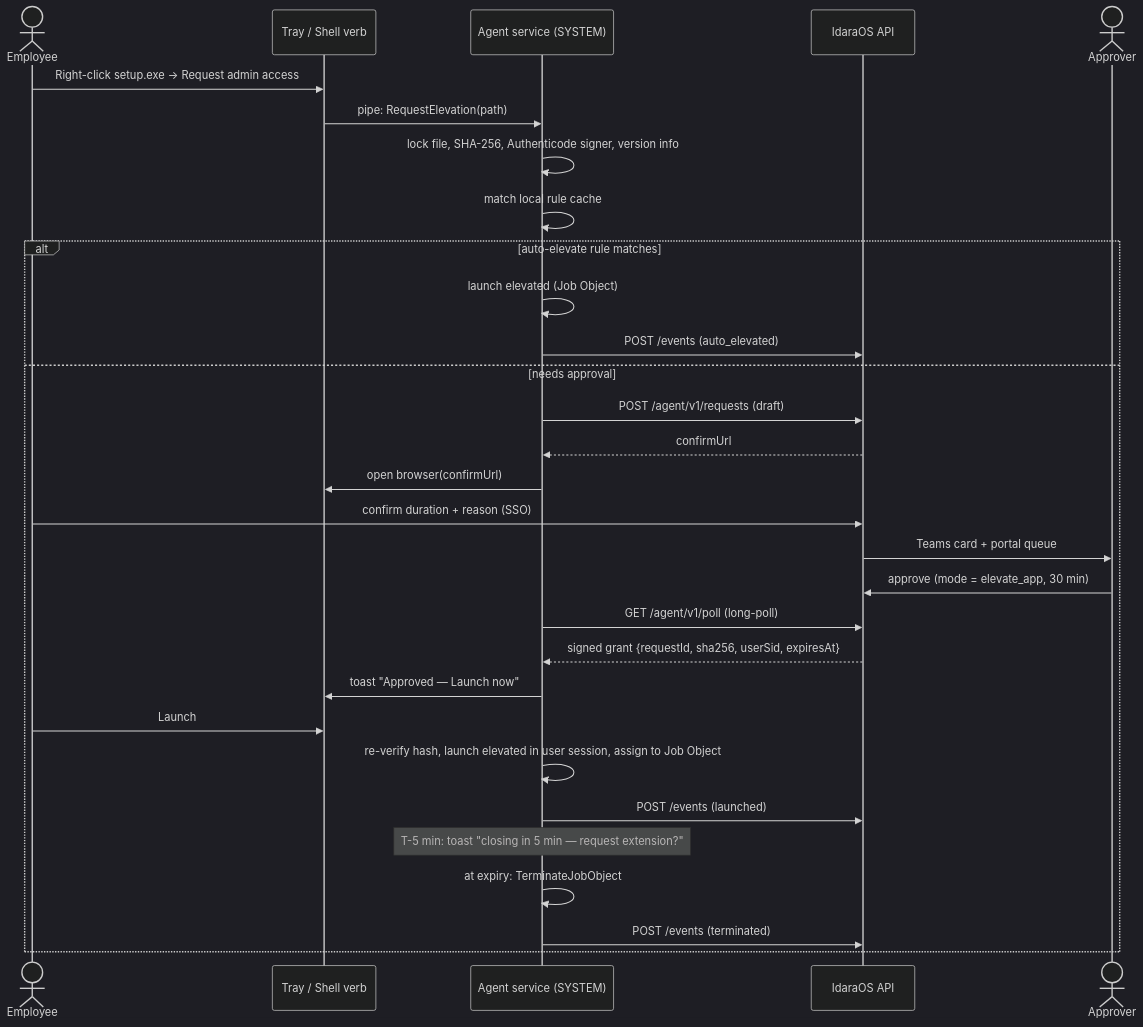
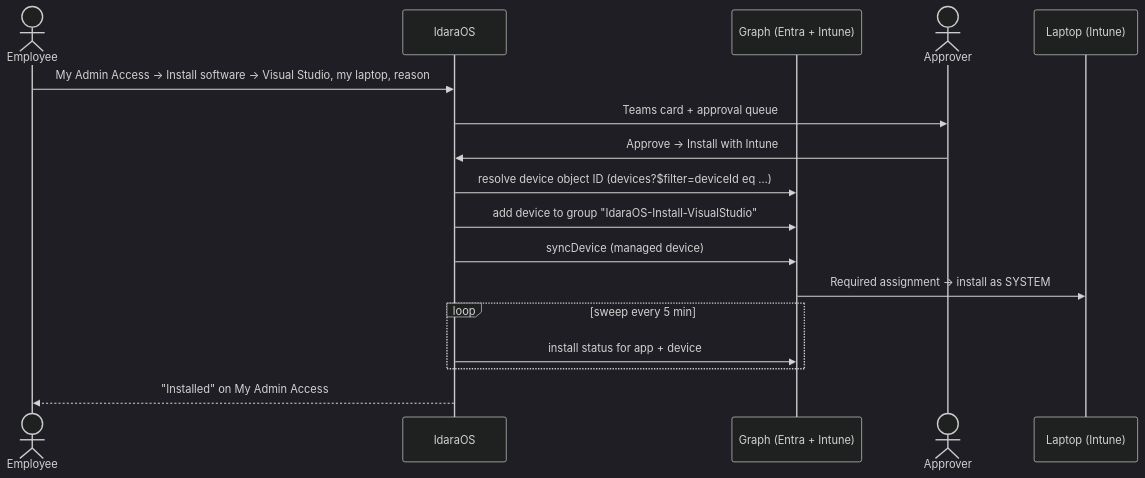
Before and after one commit to stellarsoft-tech/IdaraOS: the second of 2 diagrams in docs/modules/security/elevation-architecture.md, drawn with Mermaid (dark theme). The commit also changed other lines of this file and 65 other files, not shown here.

First line of the commit message:
feat(security): approved software, Intune installs and winget updater (Phase 2)

````diff
--- a/docs/modules/security/elevation-architecture.md
+++ b/docs/modules/security/elevation-architecture.md
@@ -65,33 +75,20 @@
 ```mermaid
 sequenceDiagram
     actor U as Employee
-    participant T as Tray / Shell verb
-    participant S as Agent service (SYSTEM)
-    participant API as IdaraOS API
+    participant P as IdaraOS
+    participant G as Graph (Entra + Intune)
     actor A as Approver
+    participant D as Laptop (Intune)
 
-    U->>T: Right-click setup.exe → Request admin access
-    T->>S: pipe: RequestElevation(path)
-    S->>S: lock file, SHA-256, Authenticode signer, version info
-    S->>S: match local rule cache
-    alt auto-elevate rule matches
-        S->>S: launch elevated (Job Object)
-        S->>API: POST /events (auto_elevated)
-    else needs approval
-        S->>API: POST /agent/v1/requests (draft)
-        API-->>S: confirmUrl
-        S->>T: open browser(confirmUrl)
-        U->>API: confirm duration + reason (SSO)
-        API->>A: Teams card + portal queue
-        A->>API: approve (mode = elevate_app, 30 min)
-        S->>API: GET /agent/v1/poll (long-poll)
-        API-->>S: signed grant {requestId, sha256, userSid, expiresAt}
-        S->>T: toast "Approved — Launch now"
-        U->>T: Launch
-        S->>S: re-verify hash, launch elevated in user session, assign to Job Object
-        S->>API: POST /events (launched)
-        Note over S: T-5 min: toast "closing in 5 min — request extension?"
-        S->>S: at expiry: TerminateJobObject
-        S->>API: POST /events (terminated)
+    U->>P: My Admin Access → Install software → Visual Studio, my laptop, reason
+    P->>A: Teams card + approval queue
+    A->>P: Approve → Install with Intune
+    P->>G: resolve device object ID (devices?$filter=deviceId eq …)
+    P->>G: add device to group "IdaraOS-Install-VisualStudio"
+    P->>G: syncDevice (managed device)
+    G->>D: Required assignment → install as SYSTEM
+    loop sweep every 5 min
+        P->>G: install status for app + device
     end
+    P-->>U: "Installed" on My Admin Access
 ```
````
